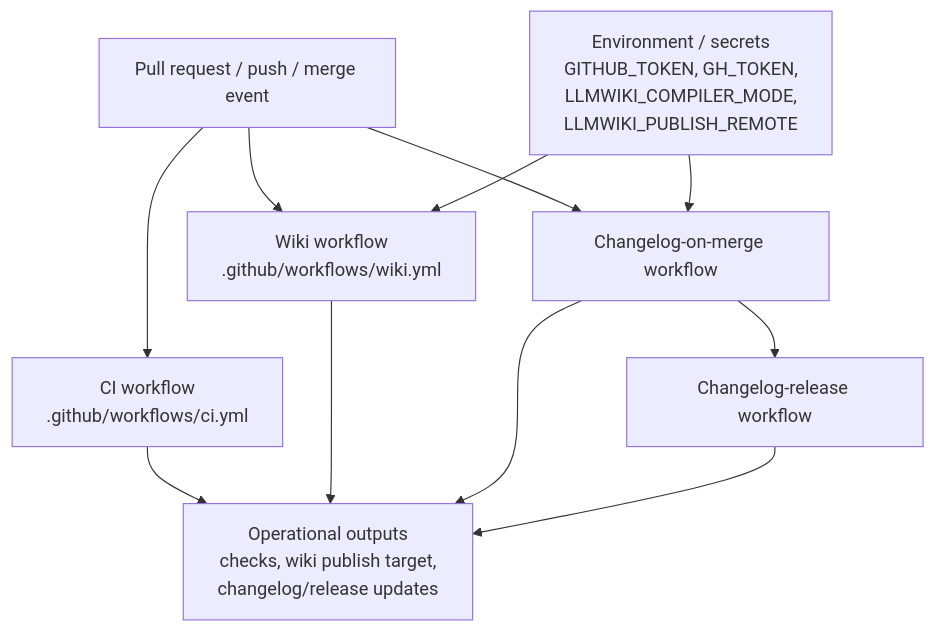
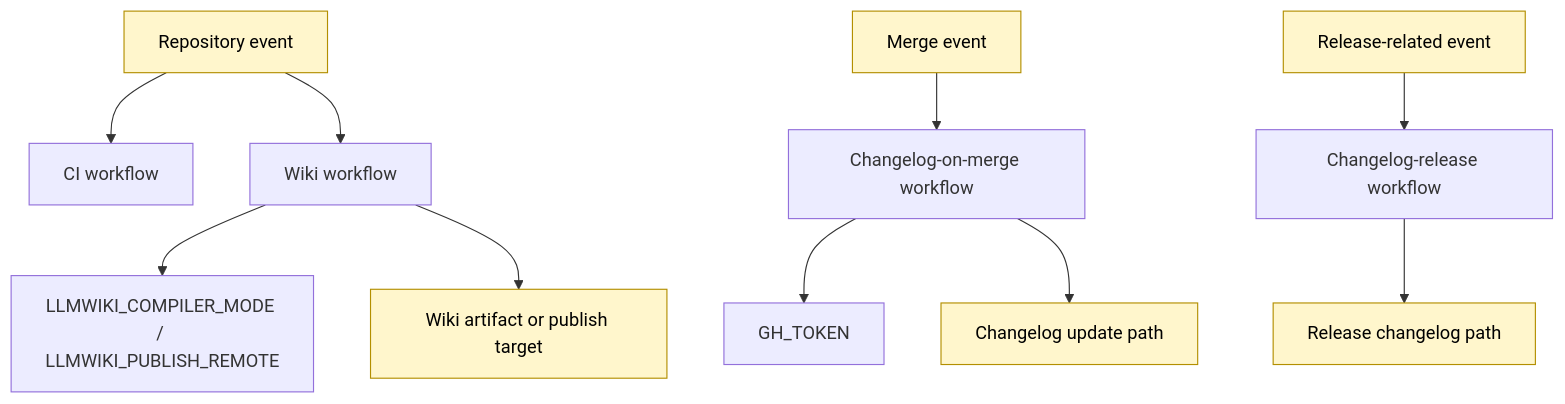
Before and after one commit to mfittko/repo-wiki: the fourth of 4 diagrams in Architecture.md, drawn with Mermaid. The commit also changed other lines of this file and 45 other files, not shown here.

Commit message:
Compile repository wiki 2026-06-12T15:40:19.942Z

````diff
--- a/Architecture.md
+++ b/Architecture.md
@@ -260,21 +210,17 @@
 ```mermaid
 flowchart TB
-    PR["Pull request / push / merge event"]
-    CI["CI workflow<br/>.github/workflows/ci.yml"]
-    Wiki["Wiki workflow<br/>.github/workflows/wiki.yml"]
-    ChangelogMerge["Changelog-on-merge workflow"]
-    ChangelogRelease["Changelog-release workflow"]
-    Config["Environment / secrets<br/>GITHUB_TOKEN, GH_TOKEN,<br/>LLMWIKI_COMPILER_MODE,<br/>LLMWIKI_PUBLISH_REMOTE"]
-    Outputs["Operational outputs<br/>checks, wiki publish target,<br/>changelog/release updates"]
+    PushOrPR["Repository event"] --> CI["CI workflow"]
+    PushOrPR --> WikiWorkflow["Wiki workflow"]
+    Merge["Merge event"] --> ChangelogMerge["Changelog-on-merge workflow"]
+    Release["Release-related event"] --> ChangelogRelease["Changelog-release workflow"]
 
-    PR --> CI
-    PR --> Wiki
-    PR --> ChangelogMerge
-    ChangelogMerge --> ChangelogRelease
-    Config --> Wiki
-    Config --> ChangelogMerge
-    CI --> Outputs
-    Wiki --> Outputs
-    ChangelogMerge --> Outputs
-    ChangelogRelease --> Outputs
+    WikiWorkflow --> WikiEnv["LLMWIKI_COMPILER_MODE / LLMWIKI_PUBLISH_REMOTE"]
+    WikiWorkflow --> WikiPublish["Wiki artifact or publish target"]
+
+    ChangelogMerge --> GhToken["GH_TOKEN"]
+    ChangelogMerge --> ChangelogUpdate["Changelog update path"]
+    ChangelogRelease --> ReleaseChangelog["Release changelog path"]
+
+    classDef inferred fill:#fff6cc,stroke:#b38f00,color:#000;
+    class PushOrPR,Merge,Release,WikiPublish,ChangelogUpdate,ReleaseChangelog inferred;
 ```
````
